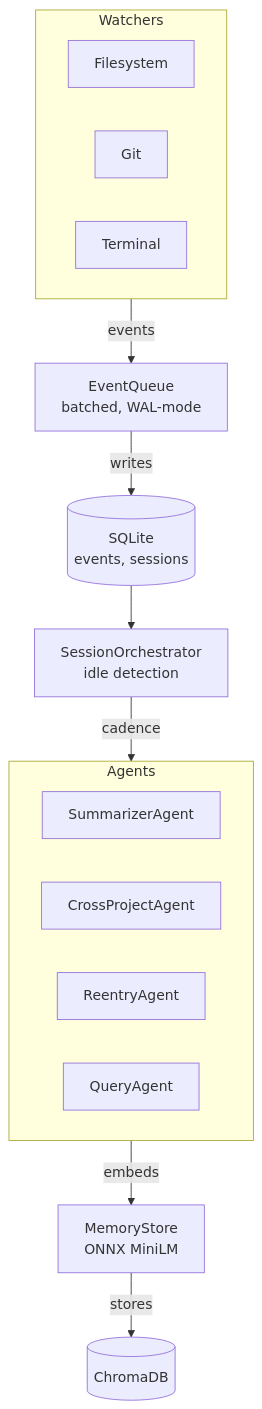
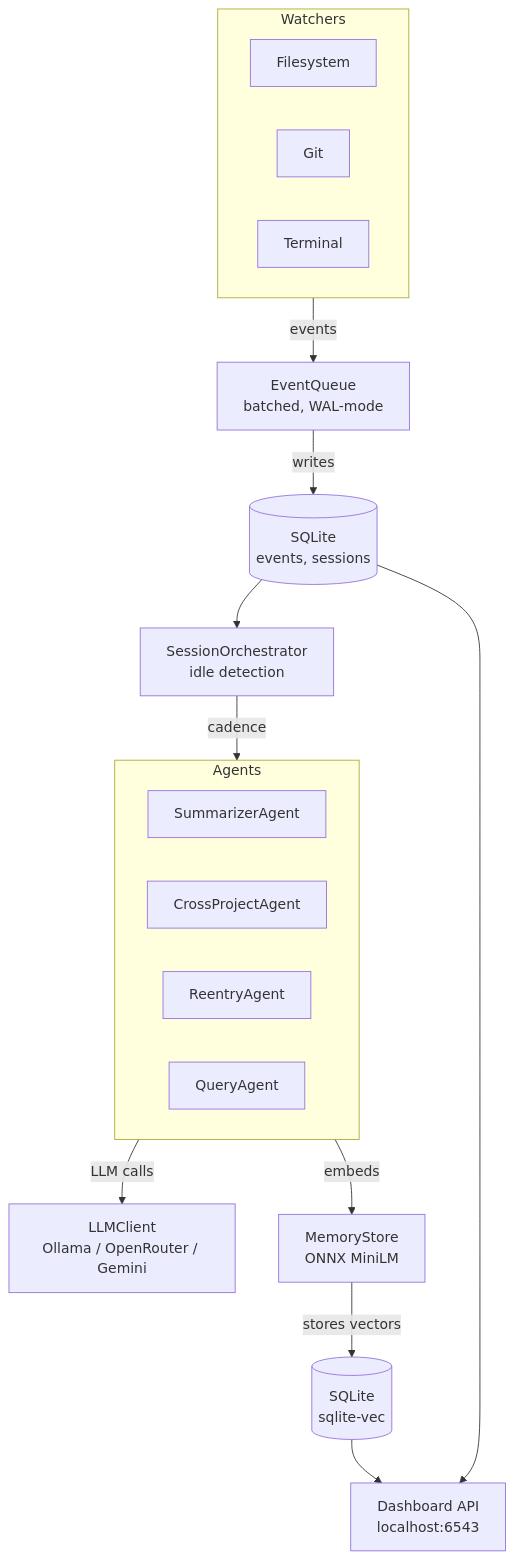
Before and after one commit to Rohith-Sheregar/ContextOS: the diagram in README.md, drawn with Mermaid. The commit also changed other lines of this file and 17 other files, not shown here.

Commit message:
feat: ContextOS V2 - SQLite vectors, Dashboard API, and full CLI overhaul

````diff
--- a/README.md
+++ b/README.md
@@ -106,29 +136,34 @@
 ```mermaid
 graph TD
     subgraph Watchers
     FS[Filesystem]
     GT[Git]
     TM[Terminal]
     end
 
     EQ[EventQueue<br>batched, WAL-mode]
     DB[(SQLite<br>events, sessions)]
     SO[SessionOrchestrator<br>idle detection]
     
     subgraph Agents
     SA[SummarizerAgent]
     CPA[CrossProjectAgent]
     RA[ReentryAgent]
     QA[QueryAgent]
     end
     
+    LLM[LLMClient<br>Ollama / OpenRouter / Gemini]
     MS[MemoryStore<br>ONNX MiniLM]
-    CH[(ChromaDB)]
+    VEC[(SQLite<br>sqlite-vec)]
+    API[Dashboard API<br>localhost:6543]
 
     Watchers -->|events| EQ
     EQ -->|writes| DB
     DB --> SO
     SO -->|cadence| Agents
+    Agents -->|LLM calls| LLM
     Agents -->|embeds| MS
-    MS -->|stores| CH
+    MS -->|stores vectors| VEC
+    DB --> API
+    VEC --> API
 ```
````
